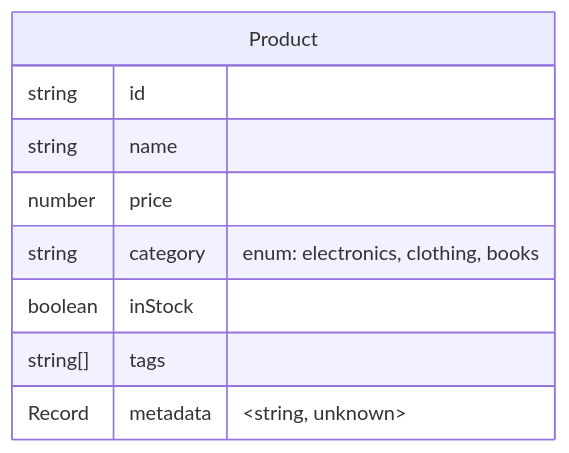
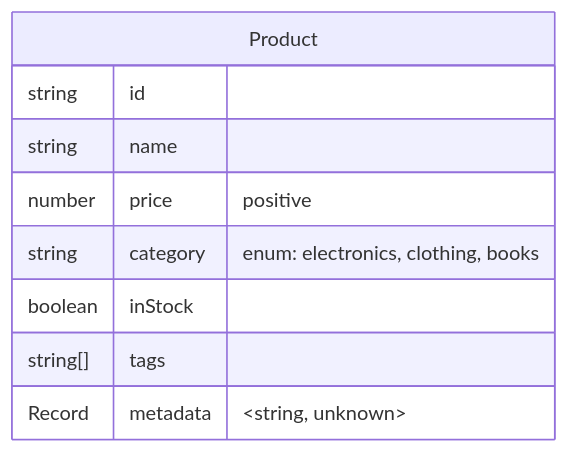
One commit to kothar/zod-mermaid changed the fourth of 16 diagrams in examples/mermaid-examples.md. Above: the diagram before and after it, drawn with Mermaid. The commit also changed other lines of this file and 8 other files, not shown here.

````diff
--- a/examples/mermaid-examples.md
+++ b/examples/mermaid-examples.md
@@ -94,12 +94,12 @@
 ```mermaid
 erDiagram
     Product {
         string id
         string name
-        number price
+        number price "positive"
         string category "enum: electronics, clothing, books"
         boolean inStock
         string[] tags
         Record metadata "&lt;string, unknown&gt;"
     }
 ```
````
